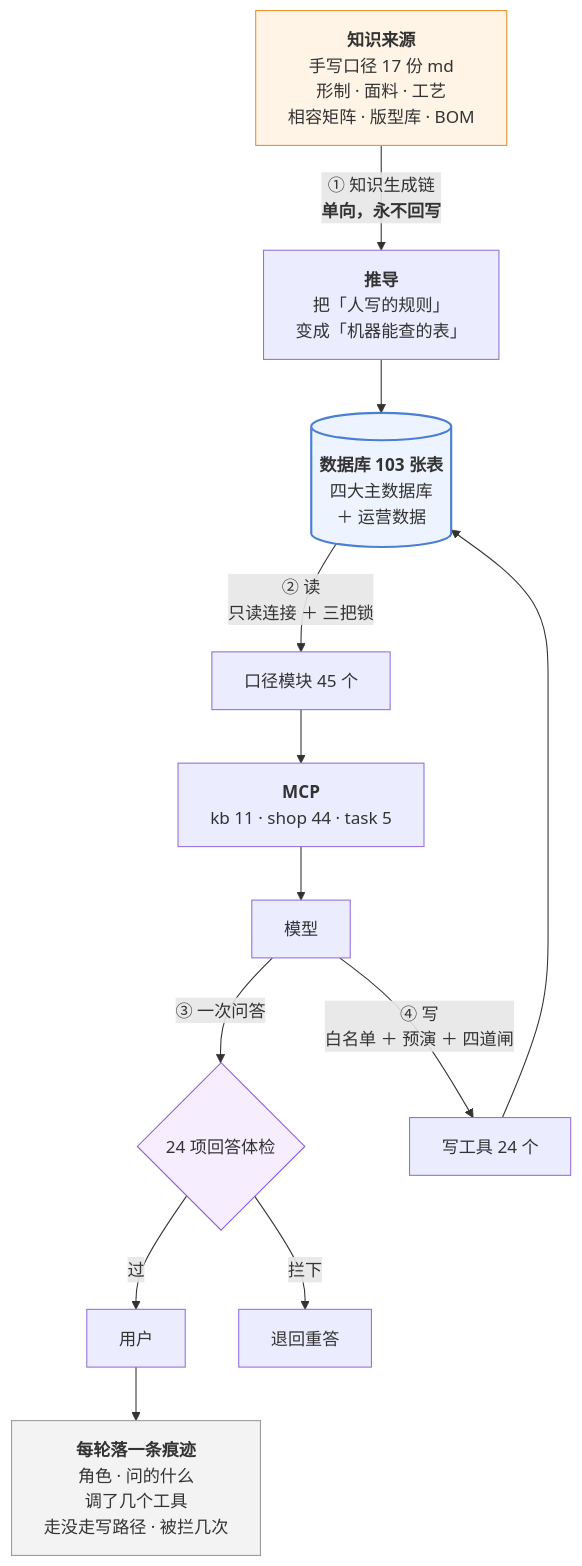
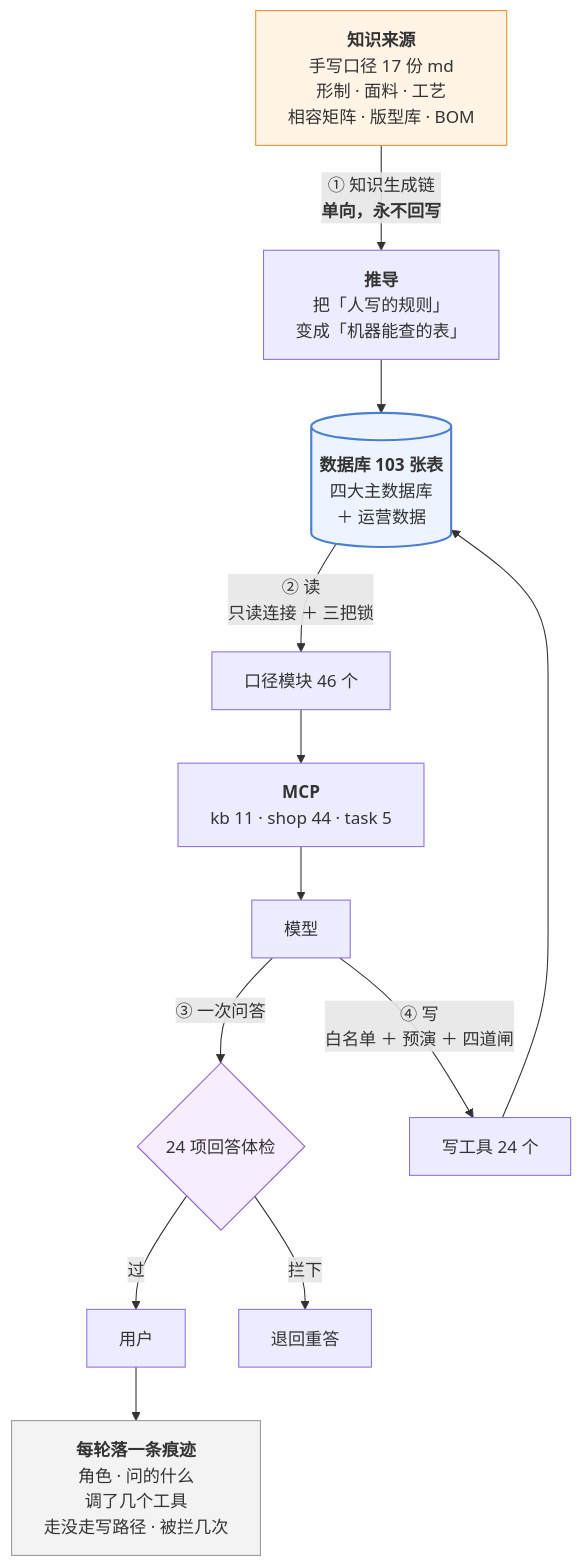
Before and after one commit to 843773296-rgb/lanxiu-yunshang-agent: the third of 3 diagrams in 澜绣云裳agent-产品说明.md, drawn with Mermaid. The commit also changed other lines of this file and 23 other files, not shown here.

````diff
--- a/澜绣云裳agent-产品说明.md
+++ b/澜绣云裳agent-产品说明.md
@@ -867,24 +867,24 @@
 ```mermaid
 flowchart TD
     MD["<b>知识来源</b><br/>手写口径 17 份 md<br/>形制 · 面料 · 工艺<br/>相容矩阵 · 版型库 · BOM"]
     MD -->|"① 知识生成链<br/><b>单向，永不回写</b>"| DV["<b>推导</b><br/>把「人写的规则」<br/>变成「机器能查的表」"]
     DV --> DB[("<b>数据库 103 张表</b><br/>四大主数据库<br/>＋ 运营数据")]
 
-    DB -->|"② 读<br/>只读连接 ＋ 三把锁"| KJ["口径模块 45 个"]
+    DB -->|"② 读<br/>只读连接 ＋ 三把锁"| KJ["口径模块 46 个"]
     KJ --> MCP["<b>MCP</b><br/>kb 11 · shop 44 · task 5"]
     MCP --> LLM["模型"]
 
     LLM -->|"③ 一次问答"| GD{"24 项回答体检"}
     GD -- 过 --> U["用户"]
     GD -- 拦下 --> RE["退回重答"]
 
     LLM -->|"④ 写<br/>白名单 ＋ 预演 ＋ 四道闸"| W["写工具 24 个"]
     W --> DB
 
     U --> TR["<b>每轮落一条痕迹</b><br/>角色 · 问的什么<br/>调了几个工具<br/>走没走写路径 · 被拦几次"]
 
     style MD fill:#fff4e6,stroke:#e8912d
     style DB fill:#eef4ff,stroke:#4a7fd4,stroke-width:2px
     style GD fill:#f6eeff,stroke:#8b5cd6
     style TR fill:#f3f3f3,stroke:#999
 ```
````
